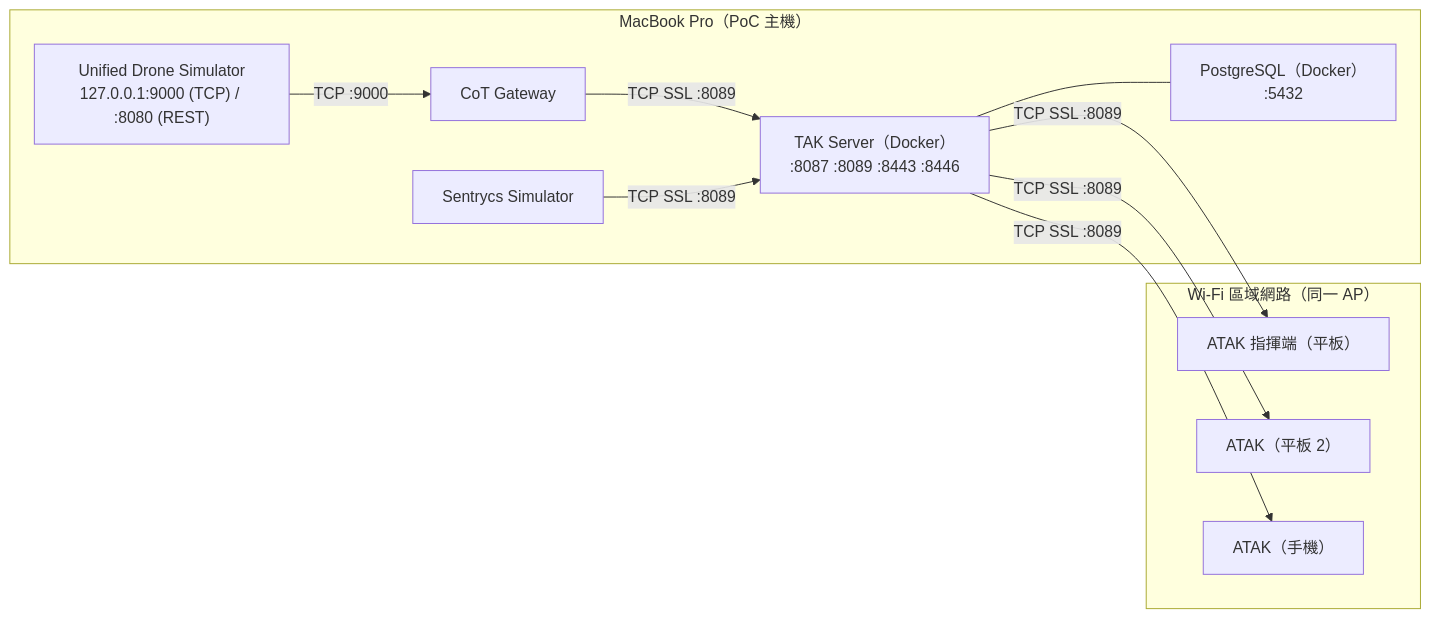
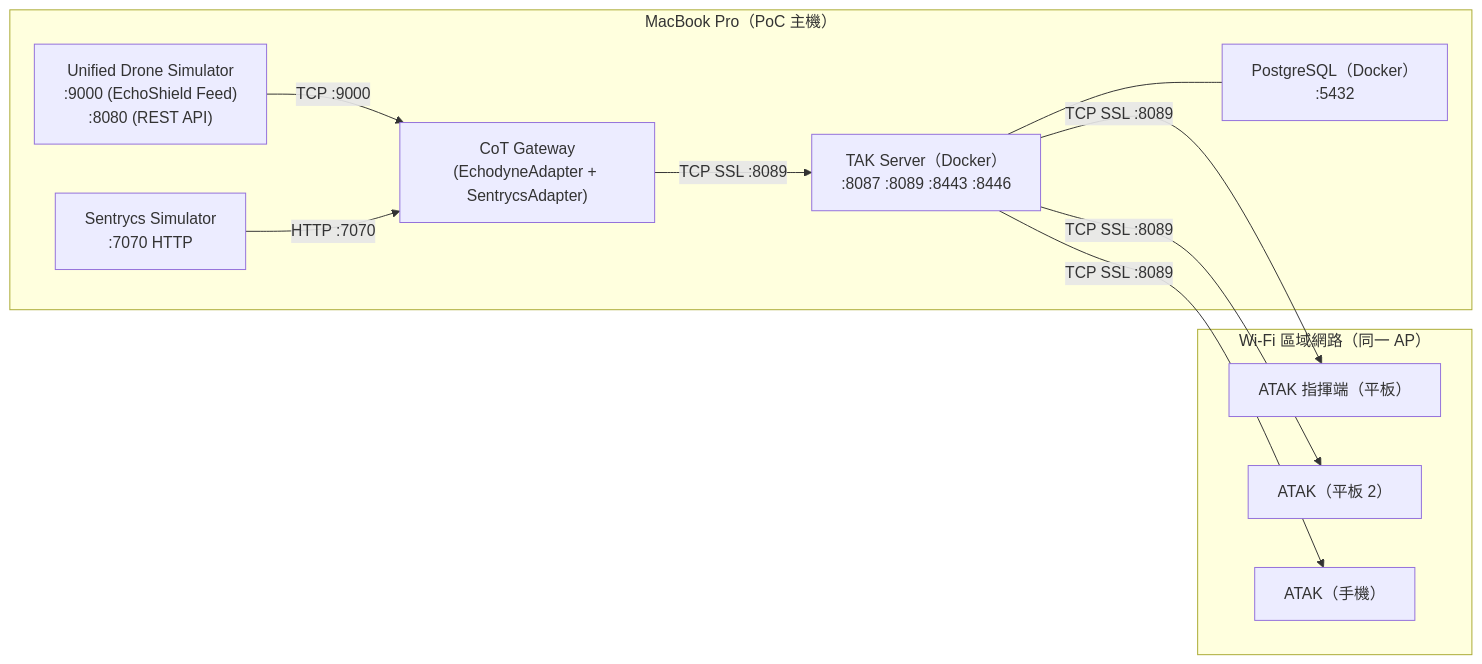
Before and after one commit to aplool-tw/cics-tak-demo: the fourth of 4 diagrams in docs/system-docs/01-system-architecture.md, drawn with Mermaid. The commit also changed other lines of this file and 5 other files, not shown here.

First line of the commit message:
docs(system-docs): route Sentrycs through CoT Gateway for unified data fusion

````diff
--- a/docs/system-docs/01-system-architecture.md
+++ b/docs/system-docs/01-system-architecture.md
@@ -291,24 +300,24 @@
 ```mermaid
 flowchart LR
     subgraph MACBOOK["MacBook Pro（PoC 主機）"]
-        SIM_ES["Unified Drone Simulator\n127.0.0.1:9000 (TCP) / :8080 (REST)"]
-        SIM_SC["Sentrycs Simulator"]
-        GW["CoT Gateway"]
+        UDS["Unified Drone Simulator\n:9000 (EchoShield Feed)\n:8080 (REST API)"]
+        SC["Sentrycs Simulator\n:7070 HTTP"]
+        GW["CoT Gateway\n(EchodyneAdapter + SentrycsAdapter)"]
         TAKSVR["TAK Server（Docker）\n:8087 :8089 :8443 :8446"]
         PSQL["PostgreSQL（Docker）\n:5432"]
     end
 
     subgraph WIFI["Wi-Fi 區域網路（同一 AP）"]
         AT_C["ATAK 指揮端（平板）"]
         AT_T["ATAK（平板 2）"]
         AP["ATAK（手機）"]
     end
 
-    SIM_ES -->|"TCP :9000"| GW
+    UDS -->|"TCP :9000"| GW
+    SC -->|"HTTP :7070"| GW
     GW -->|"TCP SSL :8089"| TAKSVR
-    SIM_SC -->|"TCP SSL :8089"| TAKSVR
     TAKSVR --- PSQL
     TAKSVR -->|"TCP SSL :8089\n<MacBook-LAN-IP>"| AT_C
     TAKSVR -->|"TCP SSL :8089\n<MacBook-LAN-IP>"| AT_T
     TAKSVR -->|"TCP SSL :8089\n<MacBook-LAN-IP>"| AP
 ```
````
